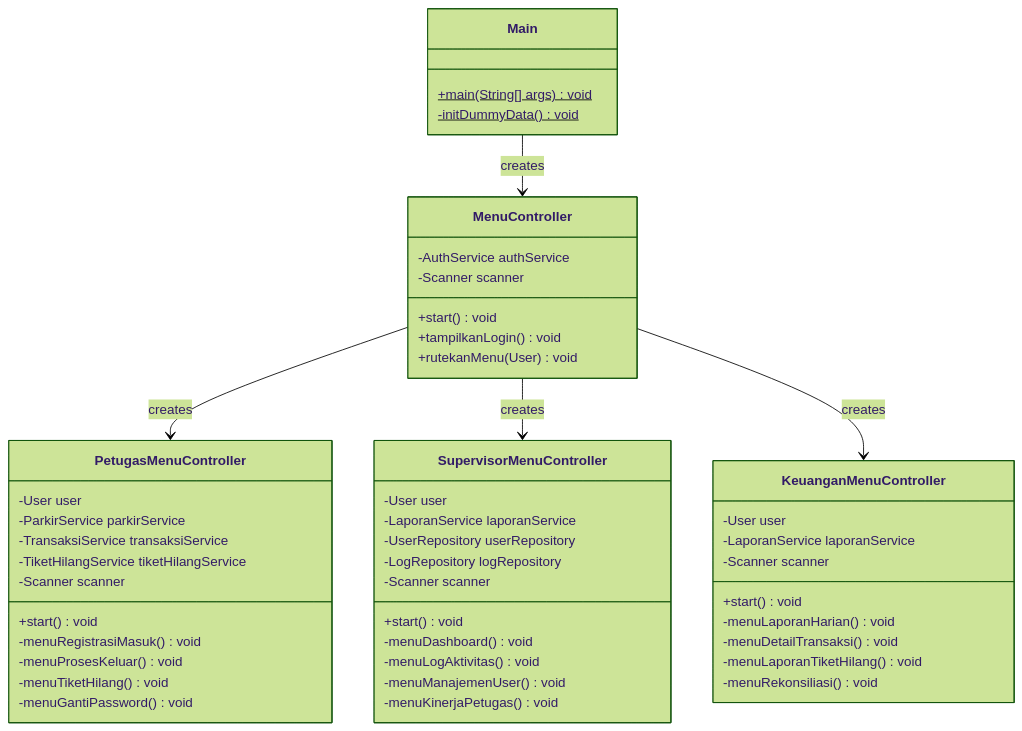
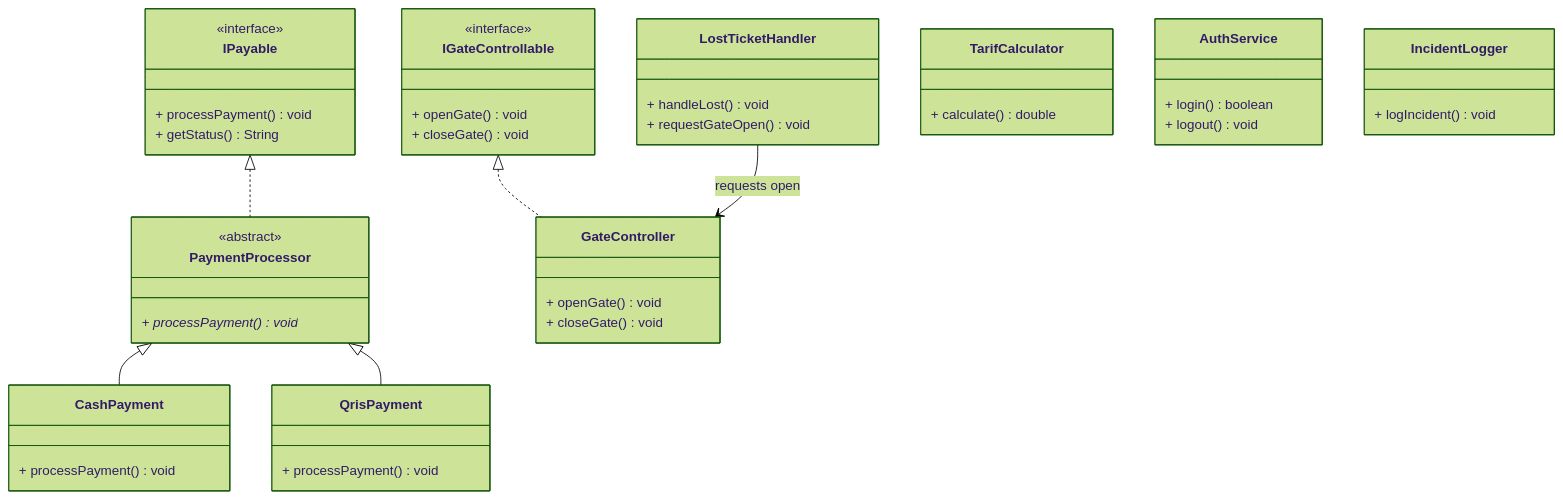
One commit to poggufanz/mkk-app changed the third of 9 diagrams in docs/2-TECHNICAL/teknis-diagram.md. Above: the diagram before and after it, drawn with Mermaid (forest theme). The commit also changed other lines of this file and 34 other files, not shown here.

First line of the commit message:
refactor: align codebase and documentation with new class diagram architecture

````diff
--- a/docs/2-TECHNICAL/teknis-diagram.md
+++ b/docs/2-TECHNICAL/teknis-diagram.md
@@ -1067,59 +344,58 @@
 ```mermaid
 classDiagram
     direction TB
 
-    class Main {
-        +main(String[] args) void$
-        -initDummyData() void$
+    class IPayable {
+        <<interface>>
+        + processPayment() void
+        + getStatus() String
     }
 
-    class MenuController {
-        -AuthService authService
-        -Scanner scanner
-        +start() void
-        +tampilkanLogin() void
-        +rutekanMenu(User) void
+    class IGateControllable {
+        <<interface>>
+        + openGate() void
+        + closeGate() void
     }
 
-    class PetugasMenuController {
-        -User user
-        -ParkirService parkirService
-        -TransaksiService transaksiService
-        -TiketHilangService tiketHilangService
-        -Scanner scanner
-        +start() void
-        -menuRegistrasiMasuk() void
-        -menuProsesKeluar() void
-        -menuTiketHilang() void
-        -menuGantiPassword() void
+    class PaymentProcessor {
+        <<abstract>>
+        + processPayment() void*
     }
 
-    class SupervisorMenuController {
-        -User user
-        -LaporanService laporanService
-        -UserRepository userRepository
-        -LogRepository logRepository
-        -Scanner scanner
-        +start() void
-        -menuDashboard() void
-        -menuLogAktivitas() void
-        -menuManajemenUser() void
-        -menuKinerjaPetugas() void
+    class CashPayment {
+        + processPayment() void
     }
 
-    class KeuanganMenuController {
-        -User user
-        -LaporanService laporanService
-        -Scanner scanner
-        +start() void
-        -menuLaporanHarian() void
-        -menuDetailTransaksi() void
-        -menuLaporanTiketHilang() void
-        -menuRekonsiliasi() void
+    class QrisPayment {
+        + processPayment() void
     }
 
-    Main --> MenuController : creates
-    MenuController --> PetugasMenuController : creates
-    MenuController --> SupervisorMenuController : creates
-    MenuController --> KeuanganMenuController : creates
+    class GateController {
+        + openGate() void
+        + closeGate() void
+    }
+
+    class LostTicketHandler {
+        + handleLost() void
+        + requestGateOpen() void
+    }
+
+    class TarifCalculator {
+        + calculate() double
+    }
+
+    class AuthService {
+        + login() boolean
+        + logout() void
+    }
+
+    class IncidentLogger {
+        + logIncident() void
+    }
+
+    IPayable <|.. PaymentProcessor
+    PaymentProcessor <|-- CashPayment
+    PaymentProcessor <|-- QrisPayment
+    IGateControllable <|.. GateController
+    LostTicketHandler --> GateController : requests open
 ```
````
